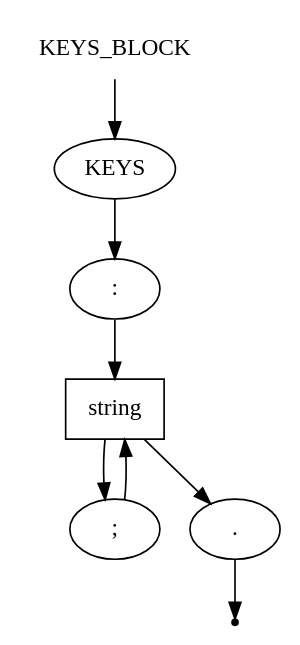
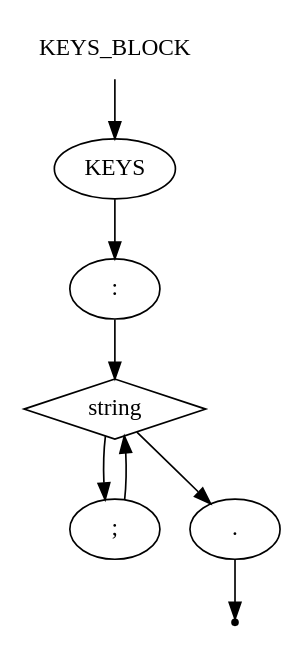
One commit to aVorotnikov/dsl_generator changed the diagram in _examples/ebnf/keys_block.gv. Above: the diagram before and after it, drawn with Graphviz. The commit also changed 6 other files, not shown here.

Commit message:
Update Virt diagrams specification

```diff
--- a/_examples/ebnf/keys_block.gv
+++ b/_examples/ebnf/keys_block.gv
@@ -1,16 +1,16 @@
 digraph KEYS_BLOCK {
     start [label=KEYS_BLOCK shape=plaintext]
     A [label=KEYS shape=oval]
     B [label=":" shape=oval]
-    C [label=string shape=box]
+    C [label=string shape=diamond]
     D [label=";" shape=oval]
     E [label="." shape=oval]
     end [label="" shape=point]
     start -> A
     A -> B
     B -> C
     C -> D
     C -> E
     D -> C
     E -> end
 }
```
